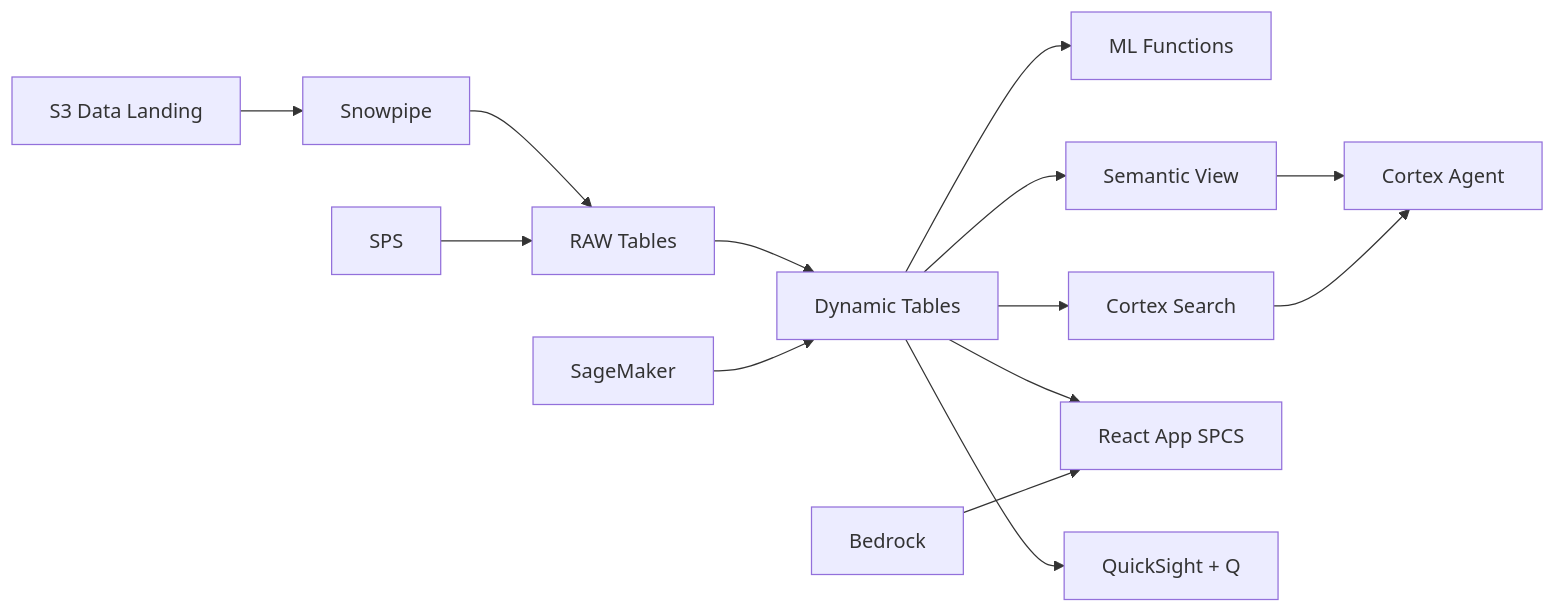
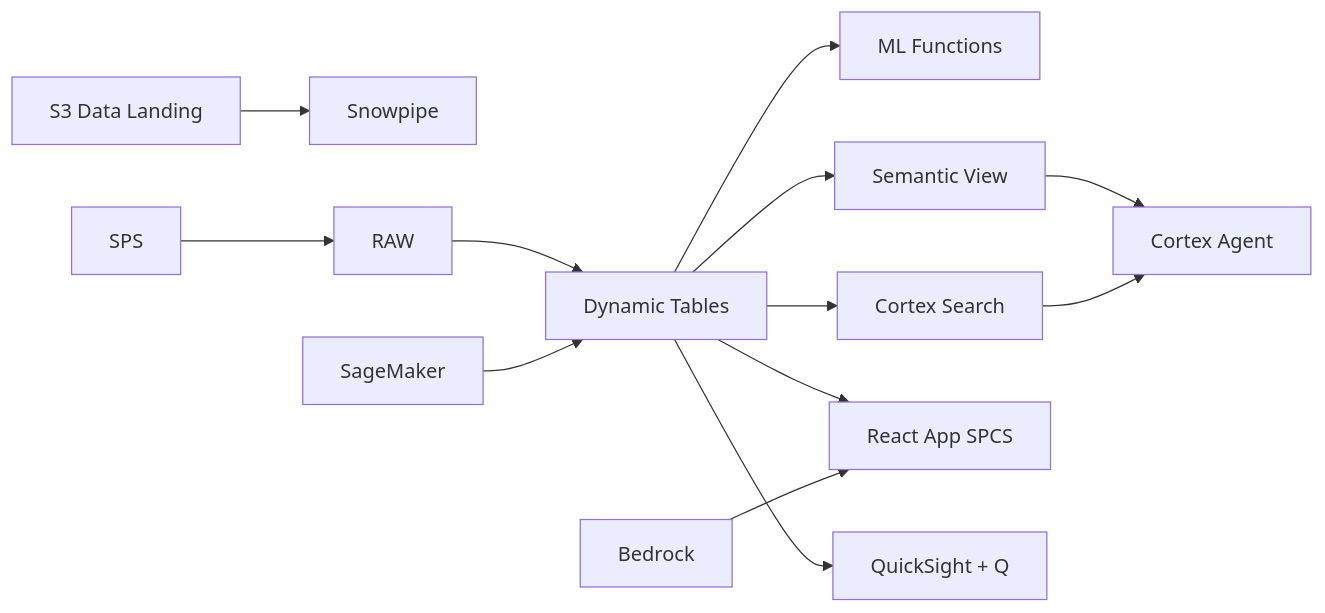
The diagram in README.md (sfc-gh-jasvestis/aws-vietnam-electronics-capacity), drawn with Mermaid before and after one commit. The commit also changed 7 other files, not shown here.

Commit message:
Fix: add all source files, .gitignore, fix Mermaid diagram

````diff
--- a/README.md
+++ b/README.md
@@ -9,16 +9,15 @@
 ```mermaid
 flowchart LR
     S3[S3 Data Landing] --> SP[Snowpipe]
-    SP --> RAW[RAW Tables]
     SPS --> RAW
     RAW --> DT[Dynamic Tables]
     DT --> ML[ML Functions]
     DT --> SEARCH[Cortex Search]
     DT --> SV[Semantic View]
     SV --> AGENT[Cortex Agent]
     SEARCH --> AGENT
     DT --> APP[React App SPCS]
     SM[SageMaker] --> DT
     BR[Bedrock] --> APP
     DT --> QS[QuickSight + Q]
 ```
````
